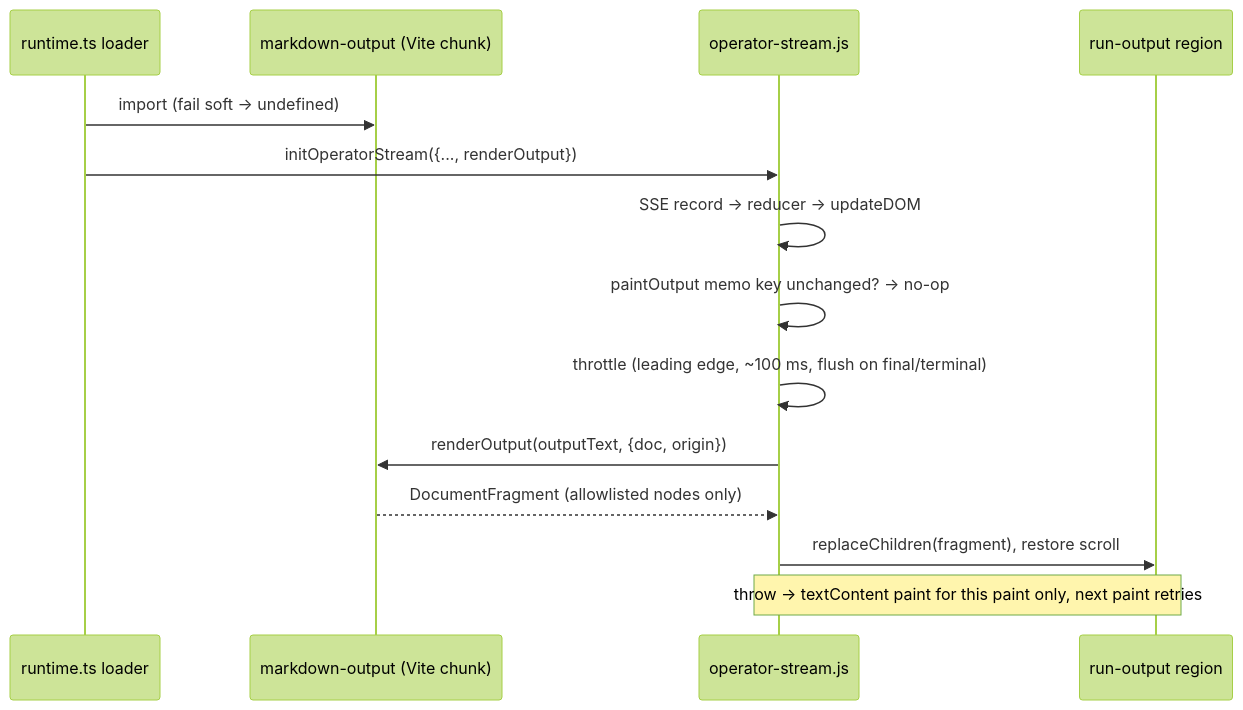
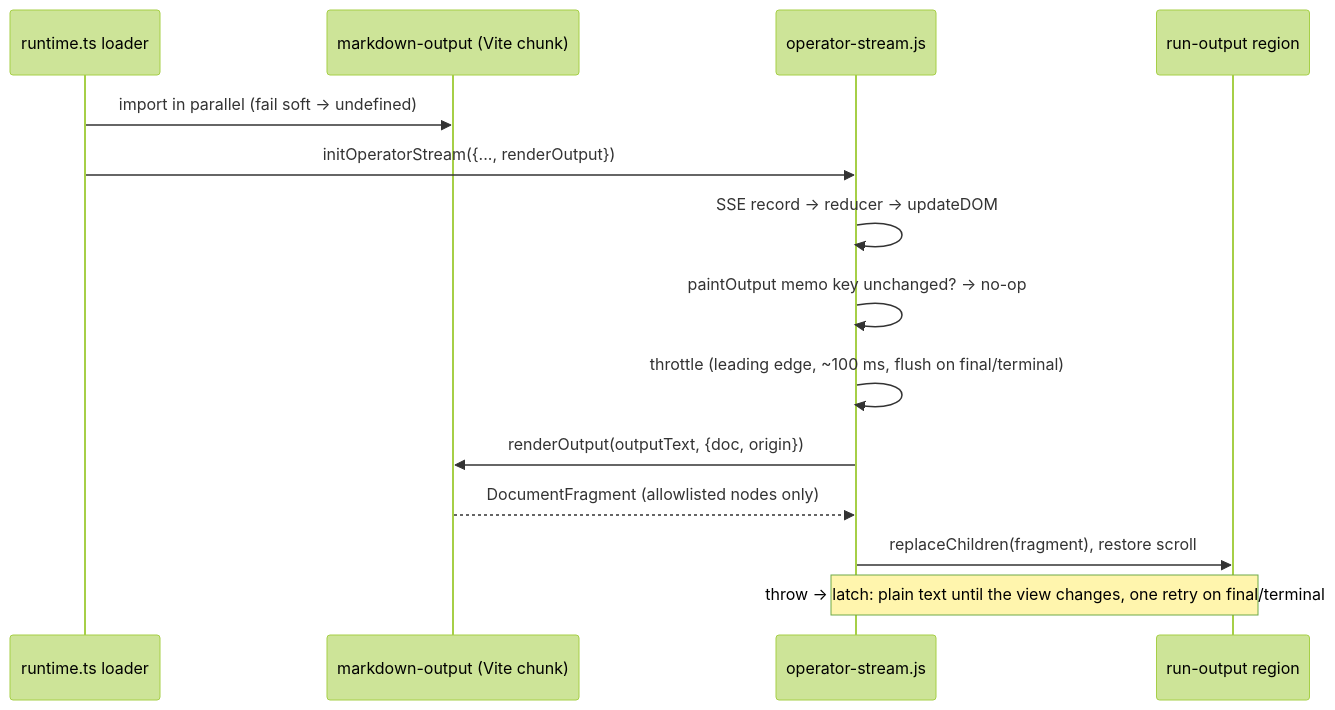
Before and after one commit to fro-bot/dashboard: the diagram in docs/plans/2026-10-16-001-feat-run-output-markdown-plan.md, drawn with Mermaid (forest theme). The commit also changed other lines of this file and 6 other files, not shown here.

Commit message:
fix(operator): latch failed Markdown renders, load the renderer in parallel, and keep links usable while output streams

````diff
--- a/docs/plans/2026-10-16-001-feat-run-output-markdown-plan.md
+++ b/docs/plans/2026-10-16-001-feat-run-output-markdown-plan.md
@@ -233,16 +244,16 @@
 ```mermaid
 sequenceDiagram
   participant RT as runtime.ts loader
   participant MD as markdown-output (Vite chunk)
   participant ST as operator-stream.js
   participant DOM as run-output region
-  RT->>MD: import (fail soft → undefined)
+  RT->>MD: import in parallel (fail soft → undefined)
   RT->>ST: initOperatorStream({..., renderOutput})
   ST->>ST: SSE record → reducer → updateDOM
   ST->>ST: paintOutput memo key unchanged? → no-op
   ST->>ST: throttle (leading edge, ~100 ms, flush on final/terminal)
   ST->>MD: renderOutput(outputText, {doc, origin})
   MD-->>ST: DocumentFragment (allowlisted nodes only)
   ST->>DOM: replaceChildren(fragment), restore scroll
-  Note over ST,DOM: throw → textContent paint for this paint only, next paint retries
+  Note over ST,DOM: throw → latch: plain text until the view changes, one retry on final/terminal
 ```
````
